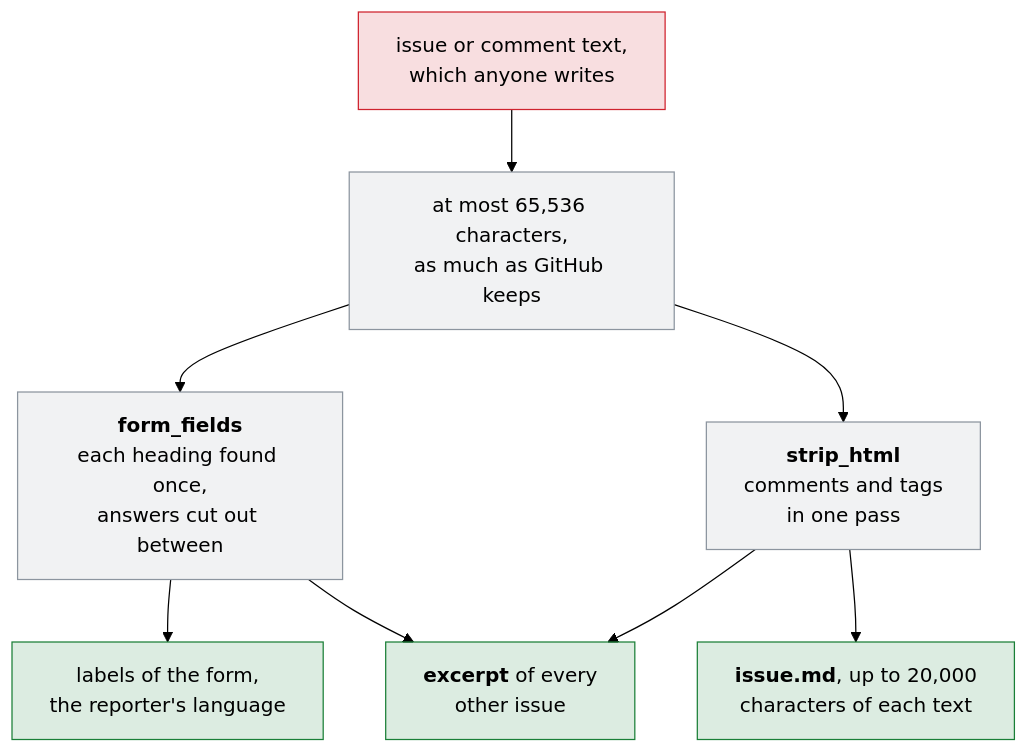
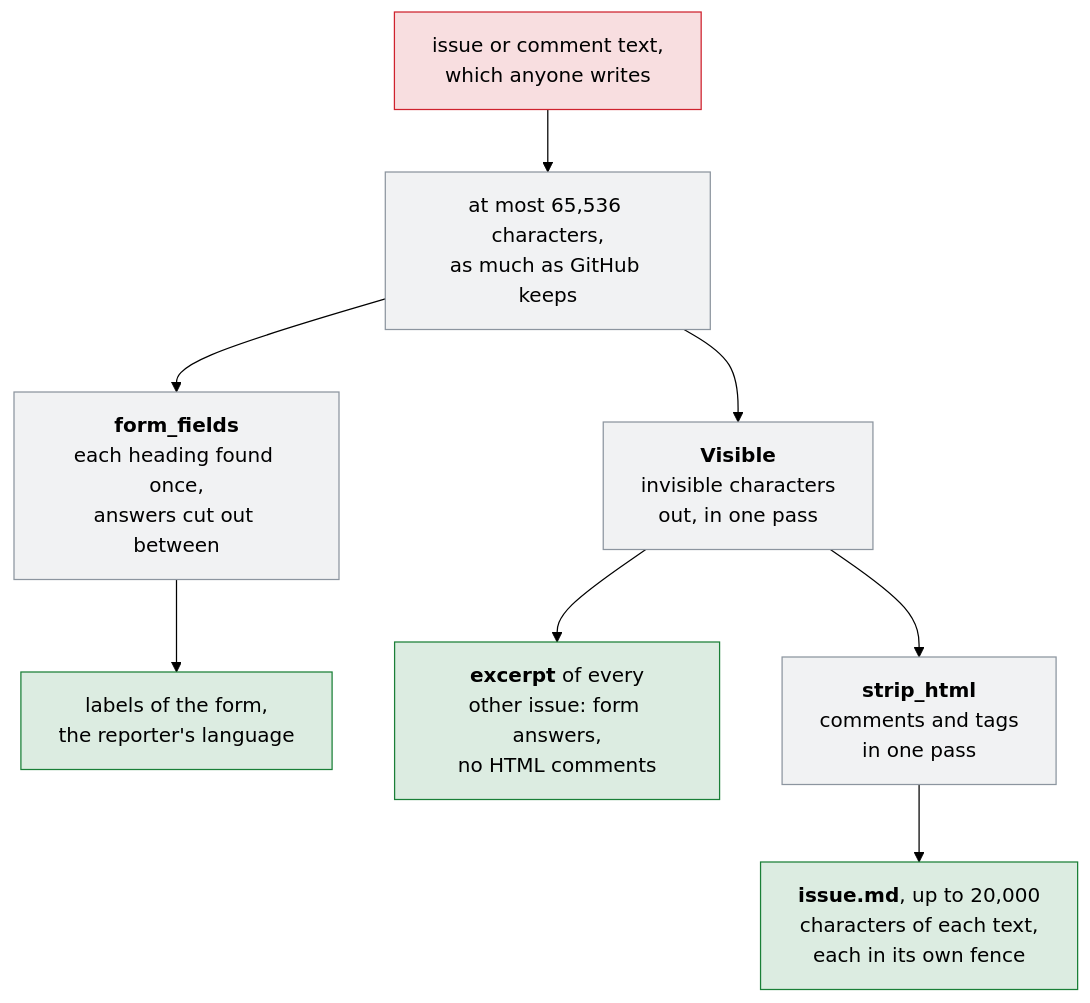
Before and after one commit to Dennis-Otto/issue-assistant: the seventh of 7 diagrams in docs/architecture.md, drawn with Mermaid (forest theme). The commit also changed other lines of this file and 12 other files, not shown here.

First line of the commit message:
fix(security): keep issue text from forging the context, hiding instructions or closing others' issues

````diff
--- a/docs/architecture.md
+++ b/docs/architecture.md
@@ -209,18 +209,18 @@
 ```mermaid
 flowchart TB
   accTitle: How the assistant reads the text of an issue
-  accDescr: The text of an issue or a comment, which anyone can write, is read up to GitHub's 65,536 characters. The answers of a form are cut out between their headings, which are found once; HTML comments and tags go in one pass. From that come the labels of the form and the reporter's language, an excerpt of each other issue, and issue.md with up to 20,000 characters of each text.
+  accDescr: The text of an issue or a comment, which anyone can write, is read up to GitHub's 65,536 characters. The answers of a form are cut out between their headings, which are found once; from them come the labels of the form and the reporter's language. For the AI, the characters that GitHub shows as nothing go first, in one pass; then the answers of a form and HTML comments make an excerpt of each other issue, and HTML comments and tags go in one pass for issue.md, which holds up to 20,000 characters of each text in a code fence that the text can't close.
   text["issue or comment text,<br/>which anyone writes"] --> cap["at most 65,536 characters,<br/>as much as GitHub keeps"]
   cap --> forms["<b>form_fields</b><br/>each heading found once,<br/>answers cut out between"]
-  cap --> html["<b>strip_html</b><br/>comments and tags<br/>in one pass"]
   forms --> event["labels of the form,<br/>the reporter's language"]
-  forms --> excerpt["<b>excerpt</b> of every<br/>other issue"]
-  html --> excerpt
-  html --> issue["<b>issue.md</b>, up to 20,000<br/>characters of each text"]
+  cap --> visible["<b>Visible</b><br/>invisible characters<br/>out, in one pass"]
+  visible --> excerpt["<b>excerpt</b> of every<br/>other issue: form answers,<br/>no HTML comments"]
+  visible --> html["<b>strip_html</b><br/>comments and tags<br/>in one pass"]
+  html --> issue["<b>issue.md</b>, up to 20,000<br/>characters of each text,<br/>each in its own fence"]
   classDef untrusted fill:#cf222e26,stroke:#cf222e
   classDef job fill:#8c959f1f,stroke:#8c959f
   classDef safe fill:#1a7f3726,stroke:#1a7f37
   class text untrusted
-  class cap,forms,html job
+  class cap,forms,visible,html job
   class event,excerpt,issue safe
 ```
````
